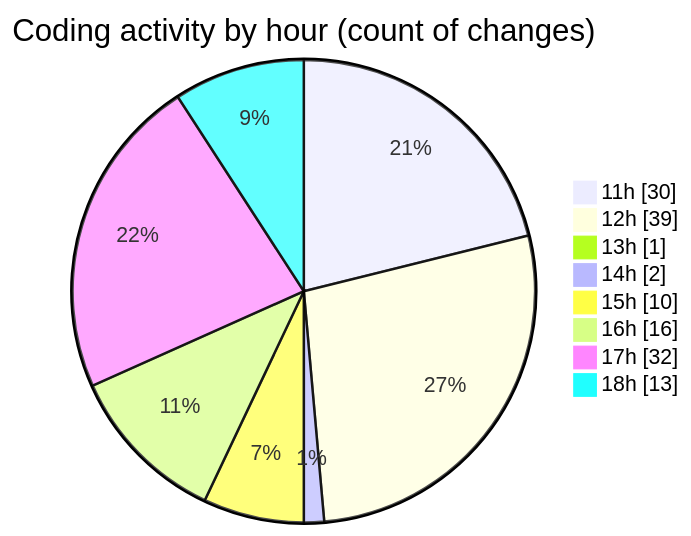
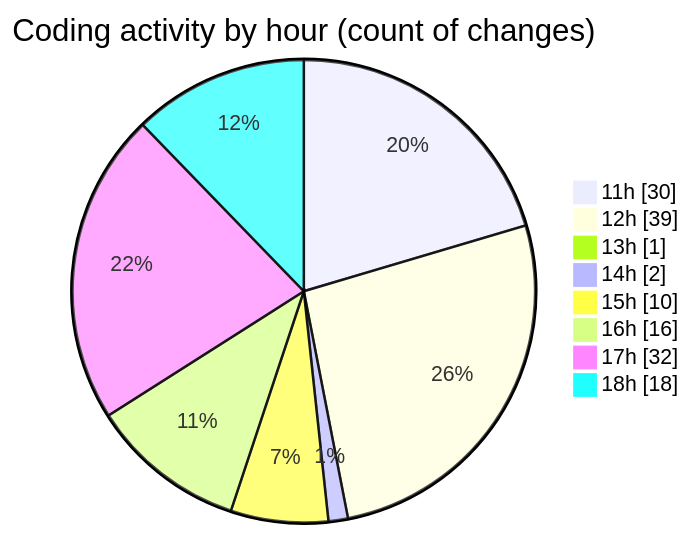
The second of 2 diagrams in 2025-07-13/argos/README.md (nxtqubesakshisongat/code-tracking), drawn with Mermaid before and after one commit. The commit also changed other lines of this file and 1 other file, not shown here.

````diff
--- a/2025-07-13/argos/README.md
+++ b/2025-07-13/argos/README.md
@@ -32,12 +32,12 @@
 ```mermaid
 pie showData
 title Coding activity by hour (count of changes)
 "11h" : 30
 "12h" : 39
 "13h" : 1
 "14h" : 2
 "15h" : 10
 "16h" : 16
 "17h" : 32
-"18h" : 13
+"18h" : 18
 ```
````
